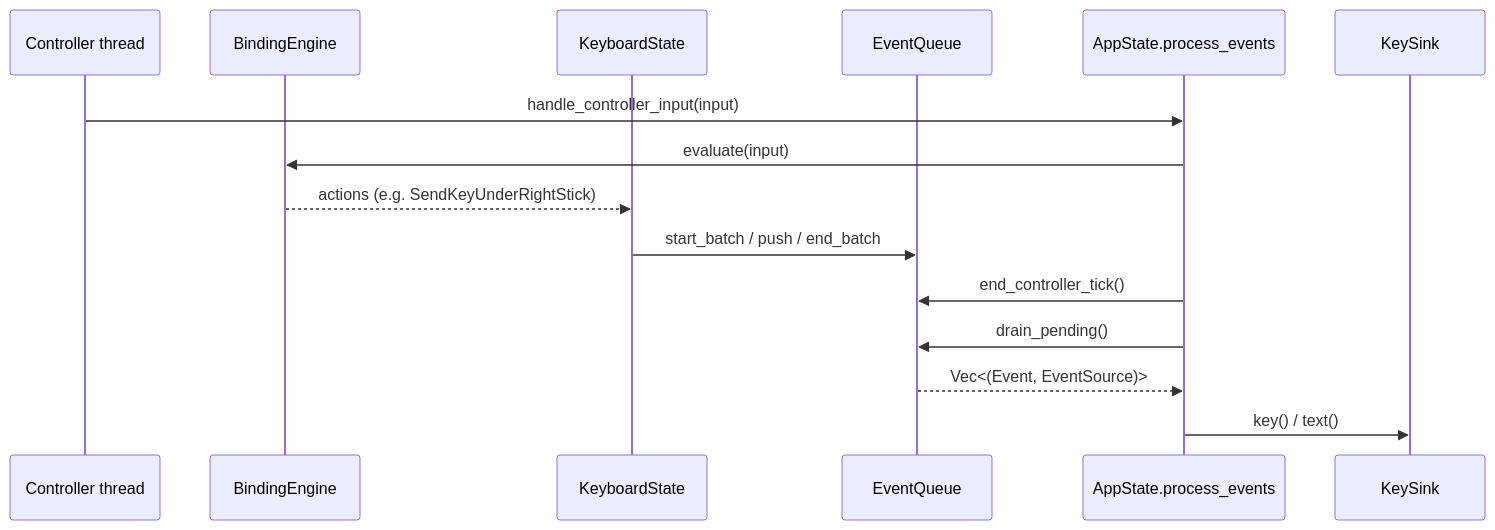
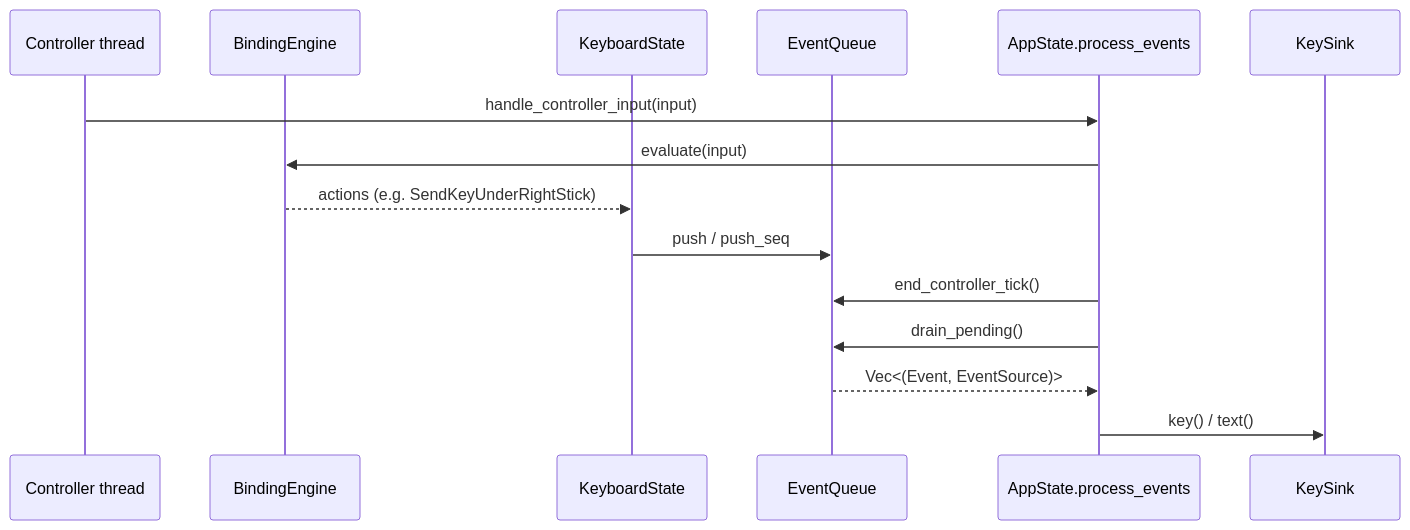
One commit to kearnh/kosk changed the diagram in docs/event-debounce.md. Above: the diagram before and after it, drawn with Mermaid. The commit also changed other lines of this file and 3 other files, not shown here.

Commit message:
Refactor event handling to use `push_seq` for batch submissions, replacing `start_batch` and `end_batch` methods. This change simplifies event processing by treating multiple events as a single debounce decision, enhancing clarity and maintainability in the event queue logic.

````diff
--- a/docs/event-debounce.md
+++ b/docs/event-debounce.md
@@ -56,18 +55,18 @@
 ```mermaid
 sequenceDiagram
     participant HW as Controller thread
     participant Bind as BindingEngine
     participant KB as KeyboardState
     participant Q as EventQueue
     participant App as AppState.process_events
     participant Sink as KeySink
 
     HW->>App: handle_controller_input(input)
     App->>Bind: evaluate(input)
     Bind-->>KB: actions (e.g. SendKeyUnderRightStick)
-    KB->>Q: start_batch / push / end_batch
+    KB->>Q: push / push_seq
     App->>Q: end_controller_tick()
     App->>Q: drain_pending()
     Q-->>App: Vec<(Event, EventSource)>
     App->>Sink: key() / text()
 ```
````
